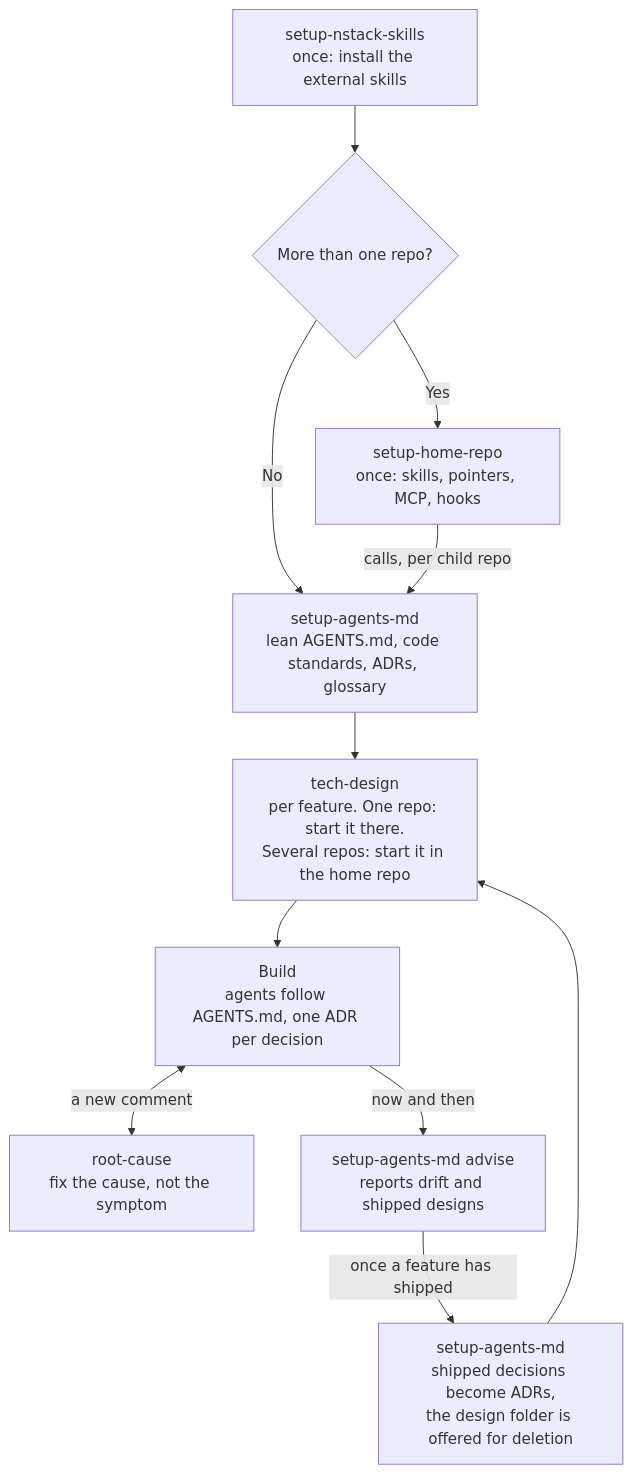
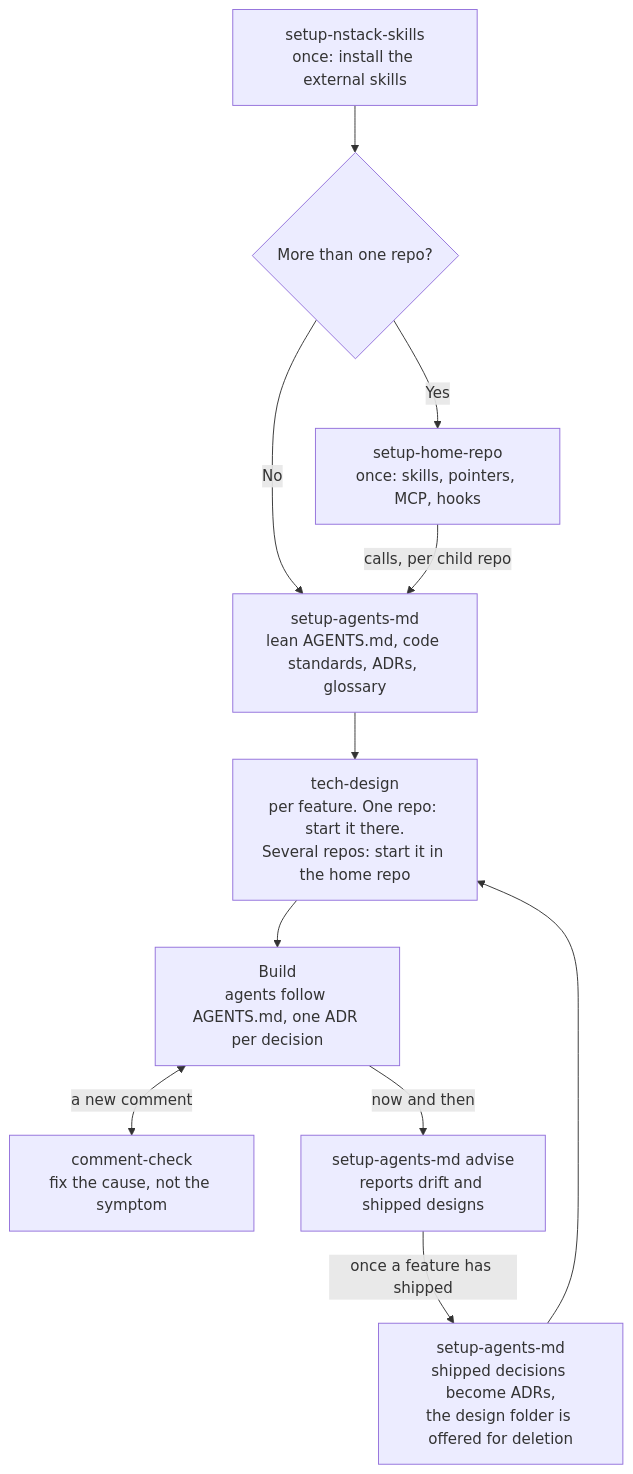
The diagram in README.md (svennijhuis/nstack), drawn with Mermaid before and after one commit. The commit also changed other lines of this file and 6 other files, not shown here.

First line of the commit message:
Rename root-cause to comment-check

````diff
--- a/README.md
+++ b/README.md
@@ -18,13 +18,13 @@
 ```mermaid
 flowchart TD
     A[setup-nstack-skills<br/>once: install the external skills] --> B{More than one repo?}
     B -->|Yes| C[setup-home-repo<br/>once: skills, pointers, MCP, hooks]
     B -->|No| D
     C -->|calls, per child repo| D[setup-agents-md<br/>lean AGENTS.md, code standards, ADRs, glossary]
     D --> E[tech-design<br/>per feature. One repo: start it there.<br/>Several repos: start it in the home repo]
     E --> F[Build<br/>agents follow AGENTS.md, one ADR per decision]
-    F <-->|a new comment| R[root-cause<br/>fix the cause, not the symptom]
+    F <-->|a new comment| R[comment-check<br/>fix the cause, not the symptom]
     F -->|now and then| G[setup-agents-md advise<br/>reports drift and shipped designs]
     G -->|once a feature has shipped| H[setup-agents-md<br/>shipped decisions become ADRs,<br/>the design folder is offered for deletion]
     H --> E
 ```
````
